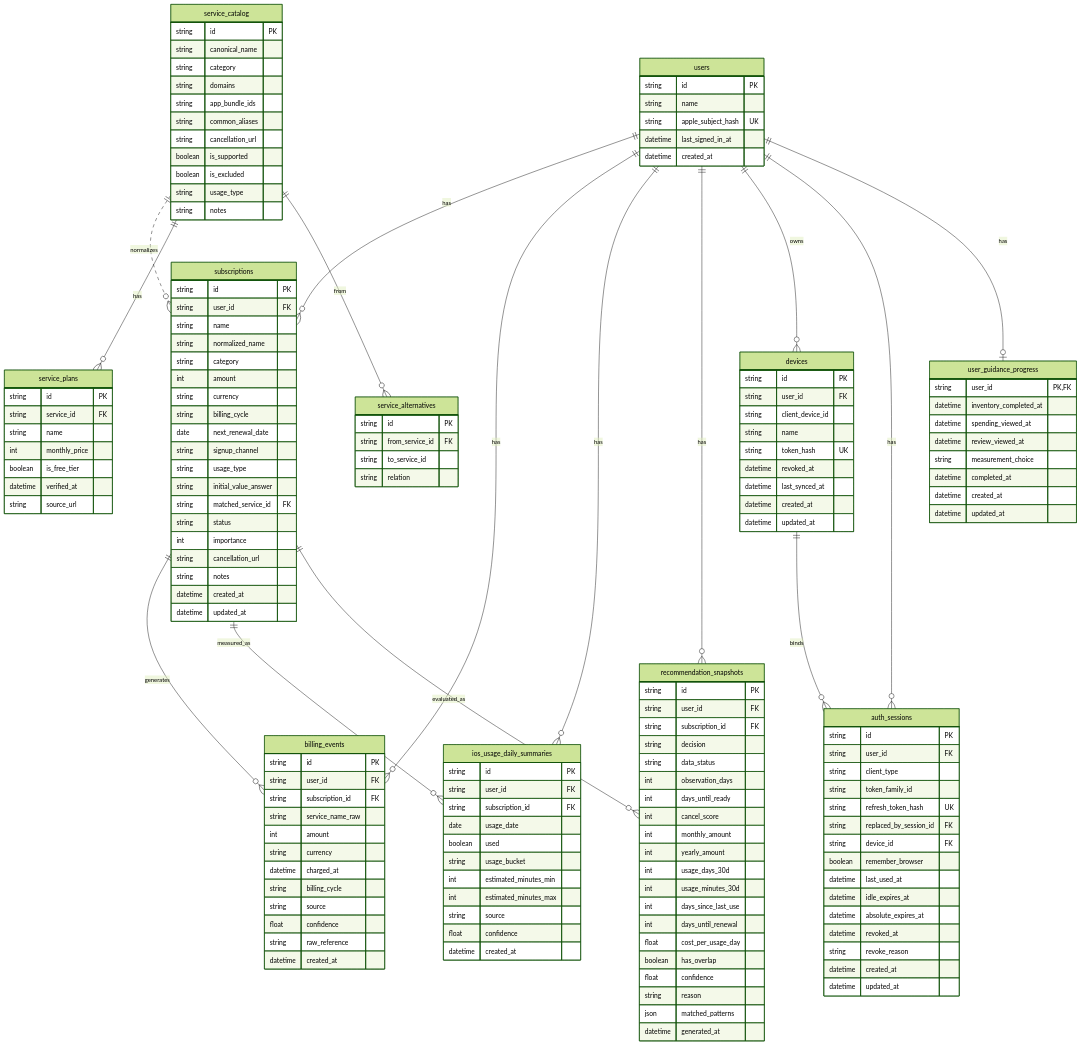
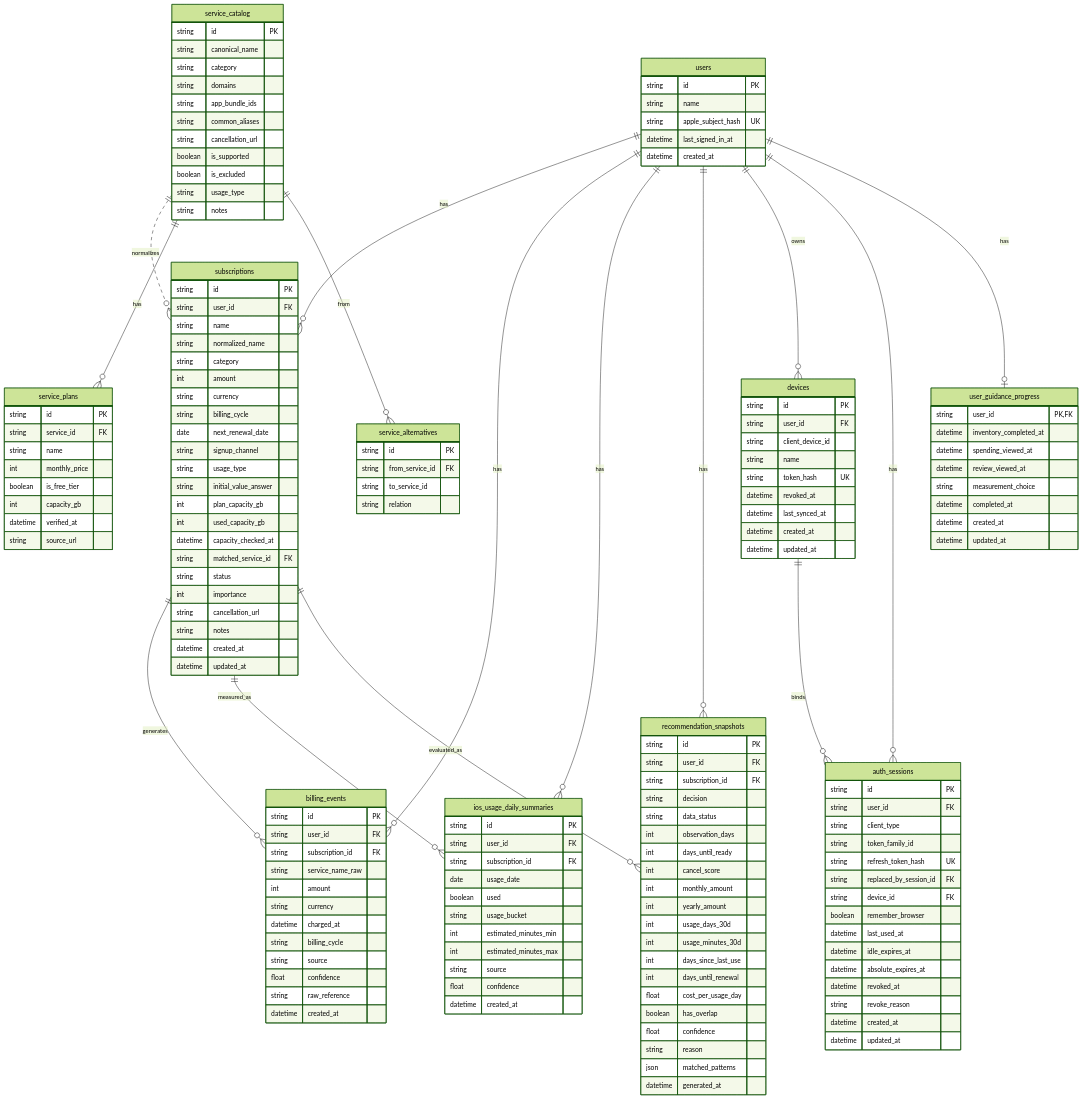
The third of 7 diagrams in docs/functional-design.md (Shintaro-Abe/SubBuddy), drawn with Mermaid (forest theme) before and after one commit. The commit also changed other lines of this file and 26 other files, not shown here.

```diff
--- a/docs/functional-design.md
+++ b/docs/functional-design.md
@@ -167,6 +169,9 @@
     string signup_channel
     string usage_type
     string initial_value_answer
+    int plan_capacity_gb
+    int used_capacity_gb
+    datetime capacity_checked_at
     string matched_service_id FK
     string status
     int importance
@@ -271,6 +276,7 @@
     string name
     int monthly_price
     boolean is_free_tier
+    int capacity_gb
     datetime verified_at
     string source_url
   }
```
